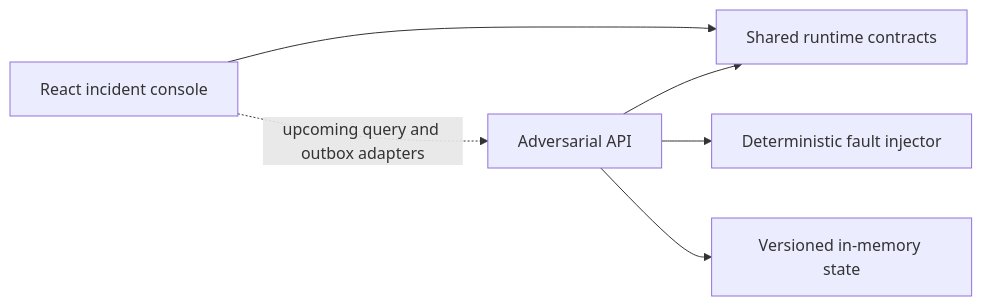
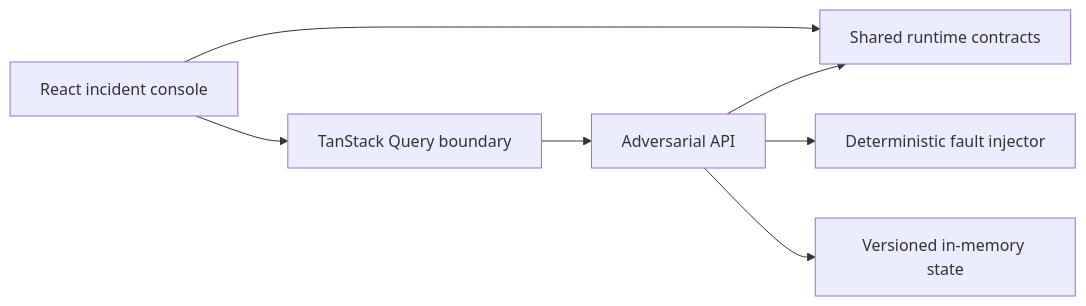
One commit to wasiliy-strecker/react-resilience-lab changed the diagram in README.md. Above: the diagram before and after it, drawn with Mermaid. The commit also changed other lines of this file and 1 other file, not shown here.

First line of the commit message:
docs: explain race-safe query ownership

````diff
--- a/README.md
+++ b/README.md
@@ -61,8 +63,9 @@
 ```mermaid
 flowchart LR
     Browser[React incident console] --> Contracts[Shared runtime contracts]
-    Browser -. upcoming query and outbox adapters .-> API[Adversarial API]
+    Browser --> Query[TanStack Query boundary]
+    Query --> API[Adversarial API]
     API --> Contracts
     API --> Faults[Deterministic fault injector]
     API --> State[Versioned in-memory state]
 ```
````
